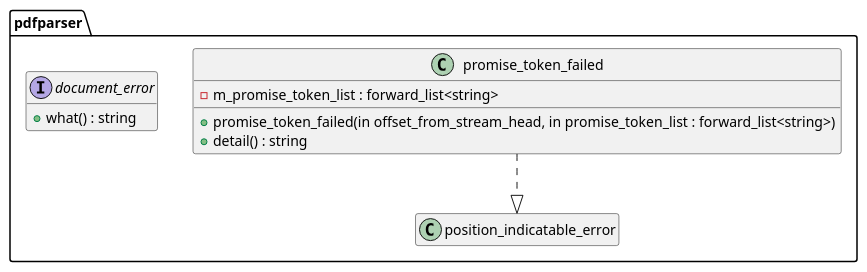
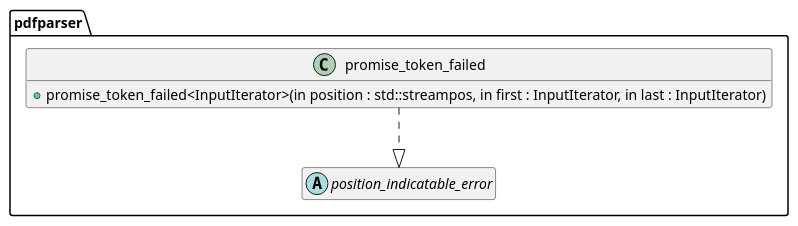
One commit to KodaiYM/PDFReader changed the diagram in document/document_reader/ipdfstream/object_stream/tokenizer/tokenizer_errors.class.pu. Above: the diagram before and after it, drawn with PlantUML. The commit also changed 74 other files, not shown here.

```diff
--- a/document/document_reader/ipdfstream/object_stream/tokenizer/tokenizer_errors.class.pu
+++ b/document/document_reader/ipdfstream/object_stream/tokenizer/tokenizer_errors.class.pu
@@ -1,15 +1,11 @@
 @startuml tokenizer_errors
 hide empty members
 namespace pdfparser {
 class promise_token_failed {
-	-m_promise_token_list : forward_list<string>
-	+promise_token_failed(in offset_from_stream_head, in promise_token_list : forward_list<string>)
-	+detail() : string
+	+promise_token_failed<InputIterator>(in position : std::streampos, in first : InputIterator, in last : InputIterator)
 }
 promise_token_failed ..|> position_indicatable_error
 
-interface document_error {
-	+what() : string
-}
+abstract position_indicatable_error {}
 }
 @enduml
```
